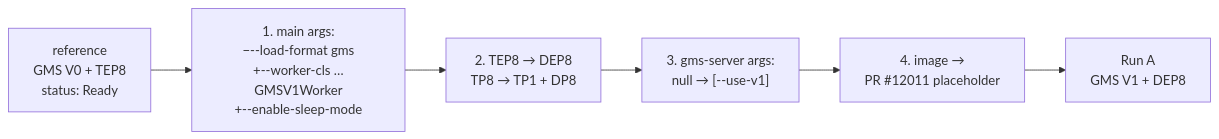
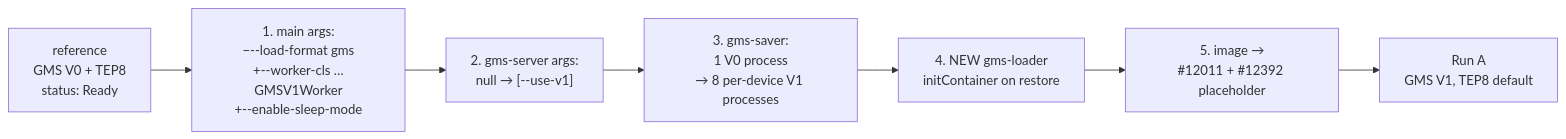
Before and after one commit to ai-dynamo/dynamo: the first of 2 diagrams in tests/manual/gms-v1-glm52/README.md, drawn with Mermaid. The commit also changed other lines of this file and 6 other files, not shown here.

First line of the commit message:
test(gms): rework Run A manifests for the V1 per-device saver/loader

````diff
--- a/tests/manual/gms-v1-glm52/README.md
+++ b/tests/manual/gms-v1-glm52/README.md
@@ -48,8 +144,9 @@
 ```mermaid
 flowchart LR
     R["reference<br/>GMS V0 + TEP8<br/>status: Ready"] --> C1["1. main args:<br/>−--load-format gms<br/>+--worker-cls …GMSV1Worker<br/>+--enable-sleep-mode"]
-    C1 --> C2["2. TEP8 → DEP8<br/>TP8 → TP1 + DP8"]
-    C2 --> C3["3. gms-server args:<br/>null → [--use-v1]"]
-    C3 --> C4["4. image →<br/>PR #12011 placeholder"]
-    C4 --> N["Run A<br/>GMS V1 + DEP8"]
+    C1 --> C2["2. gms-server args:<br/>null → [--use-v1]"]
+    C2 --> C3["3. gms-saver:<br/>1 V0 process<br/>→ 8 per-device V1 processes"]
+    C3 --> C4["4. NEW gms-loader<br/>initContainer on restore"]
+    C4 --> C5["5. image →<br/>#12011 + #12392 placeholder"]
+    C5 --> N["Run A<br/>GMS V1, TEP8 default"]
 ```
````
